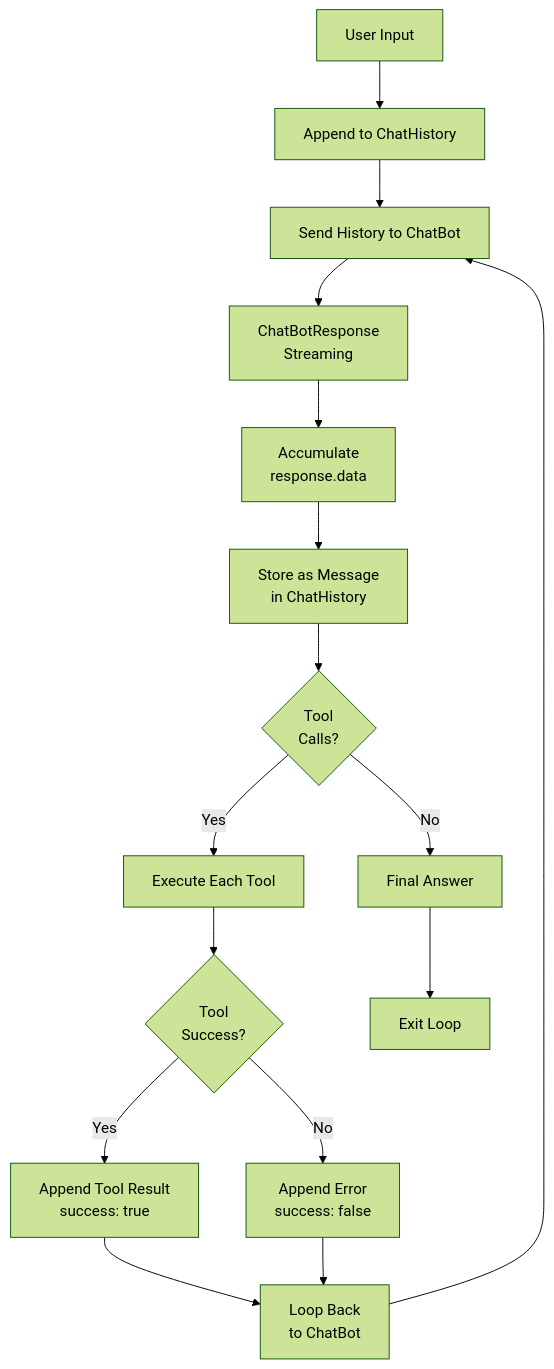
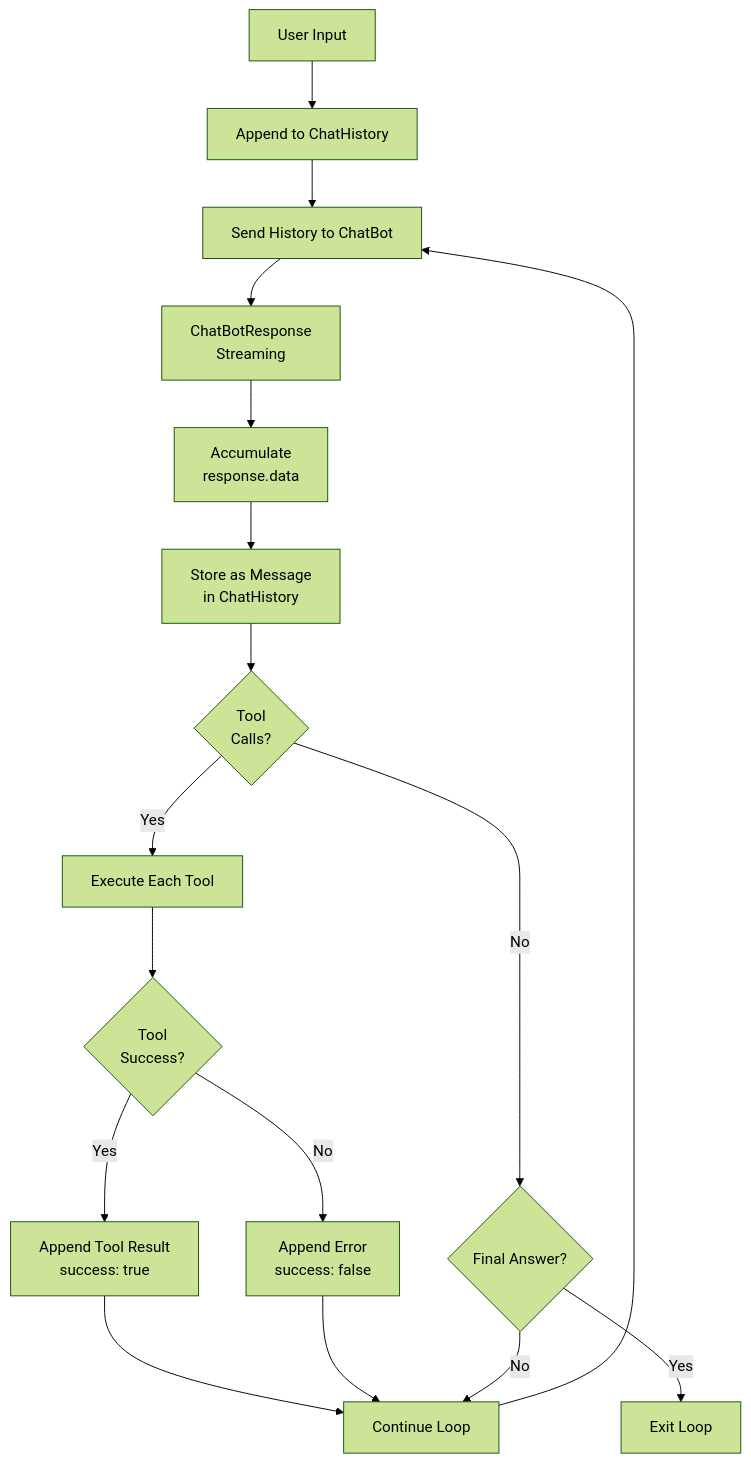
One commit to Schafer-List-Systems/peteos changed the second of 2 diagrams in docs/developer/execution-environment.md. Above: the diagram before and after it, drawn with Mermaid (forest theme). The commit also changed other lines of this file, not shown here.

First line of the commit message:
docs: update execution environment diagrams

````diff
--- a/docs/developer/execution-environment.md
+++ b/docs/developer/execution-environment.md
@@ -201,21 +232,22 @@
 ```mermaid
 flowchart TD
     A[User Input] --> B[Append to ChatHistory]
     B --> C[Send History to ChatBot]
     C --> D[ChatBotResponse<br/>Streaming]
     D --> E[Accumulate<br/>response.data]
     E --> F[Store as Message<br/>in ChatHistory]
 
     F --> G{Tool<br/>Calls?}
 
     G -->|Yes| H[Execute Each Tool]
     H --> I{Tool<br/>Success?}
     I -->|Yes| J[Append Tool Result<br/>success: true]
     I -->|No| K[Append Error<br/>success: false]
-    J --> L[Loop Back<br/>to ChatBot]
+    J --> L[Continue Loop]
     K --> L
     L --> C
 
-    G -->|No| M[Final Answer]
-    M --> N[Exit Loop]
+    G -->|No| M{Final Answer?}
+    M -->|Yes| N[Exit Loop]
+    M -->|No| L
 ```
````
